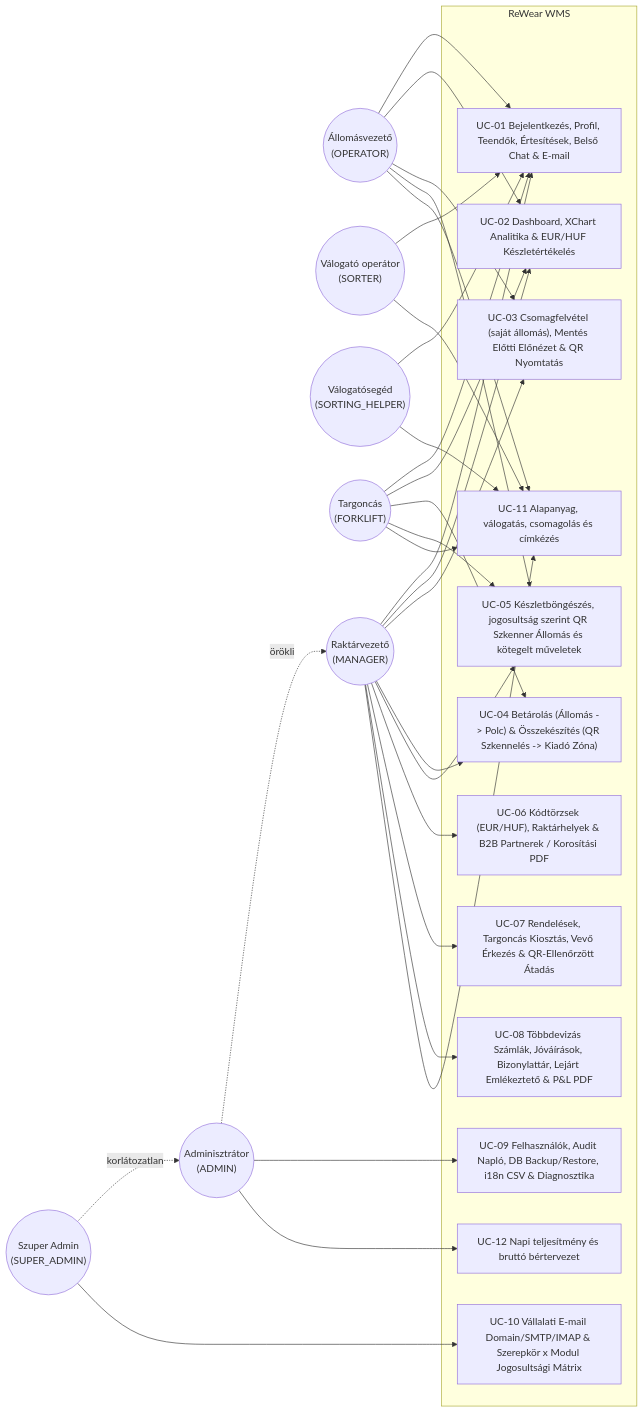
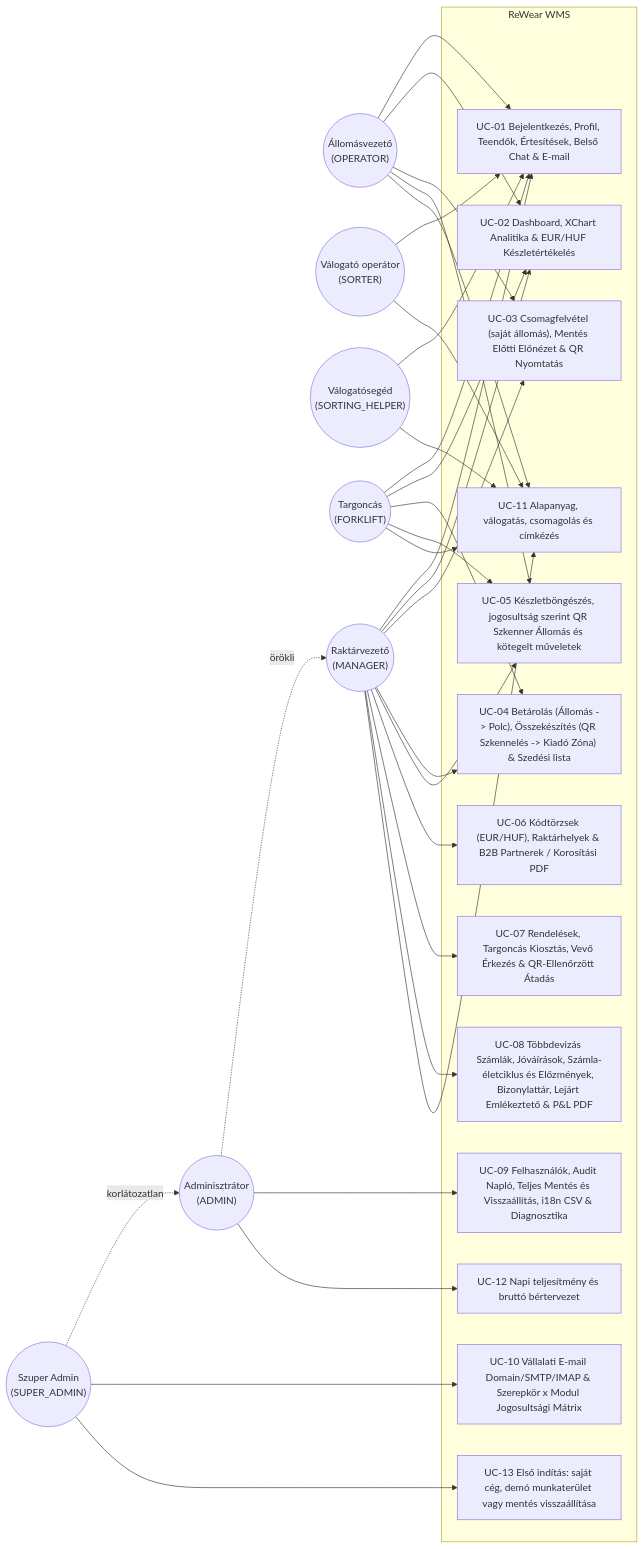
Before and after one commit to attilaczudor/due-prog-03: the second of 8 diagrams in docs/Programterv.md, drawn with Mermaid. The commit also changed other lines of this file and 5 other files, not shown here.

````diff
--- a/docs/Programterv.md
+++ b/docs/Programterv.md
@@ -54,59 +61,61 @@
 ```mermaid
 flowchart LR
     OP(("Állomásvezető<br/>(OPERATOR)"))
     SORTER(("Válogató operátor<br/>(SORTER)"))
     HELPER(("Válogatósegéd<br/>(SORTING_HELPER)"))
     FL(("Targoncás<br/>(FORKLIFT)"))
     MGR(("Raktárvezető<br/>(MANAGER)"))
     ADM(("Adminisztrátor<br/>(ADMIN)"))
     SADM(("Szuper Admin<br/>(SUPER_ADMIN)"))
 
     subgraph WMS["ReWear WMS"]
         UC1["UC-01 Bejelentkezés, Profil, Teendők, Értesítések, Belső Chat & E-mail"]
         UC2["UC-02 Dashboard, XChart Analitika & EUR/HUF Készletértékelés"]
         UC3["UC-03 Csomagfelvétel (saját állomás), Mentés Előtti Előnézet & QR Nyomtatás"]
-        UC4["UC-04 Betárolás (Állomás -> Polc) & Összekészítés (QR Szkennelés -> Kiadó Zóna)"]
+        UC4["UC-04 Betárolás (Állomás -> Polc), Összekészítés (QR Szkennelés -> Kiadó Zóna) & Szedési lista"]
         UC5["UC-05 Készletböngészés, jogosultság szerint QR Szkenner Állomás és kötegelt műveletek"]
         UC6["UC-06 Kódtörzsek (EUR/HUF), Raktárhelyek & B2B Partnerek / Korosítási PDF"]
         UC7["UC-07 Rendelések, Targoncás Kiosztás, Vevő Érkezés & QR-Ellenőrzött Átadás"]
-        UC8["UC-08 Többdevizás Számlák, Jóváírások, Bizonylattár, Lejárt Emlékeztető & P&L PDF"]
-        UC9["UC-09 Felhasználók, Audit Napló, DB Backup/Restore, i18n CSV & Diagnosztika"]
+        UC8["UC-08 Többdevizás Számlák, Jóváírások, Számla-életciklus és Előzmények, Bizonylattár, Lejárt Emlékeztető & P&L PDF"]
+        UC9["UC-09 Felhasználók, Audit Napló, Teljes Mentés és Visszaállítás, i18n CSV & Diagnosztika"]
         UC11["UC-11 Alapanyag, válogatás, csomagolás és címkézés"]
         UC12["UC-12 Napi teljesítmény és bruttó bértervezet"]
         UC10["UC-10 Vállalati E-mail Domain/SMTP/IMAP & Szerepkör x Modul Jogosultsági Mátrix"]
+        UC13["UC-13 Első indítás: saját cég, demó munkaterület vagy mentés visszaállítása"]
     end
 
     OP --> UC1
     OP --> UC2
     OP --> UC3
     OP --> UC5
     OP --> UC11
 
     SORTER --> UC1
     SORTER --> UC11
     HELPER --> UC1
     HELPER --> UC11
 
     FL --> UC1
     FL --> UC2
     FL --> UC4
     FL --> UC5
     FL --> UC11
 
     MGR --> UC1
     MGR --> UC2
     MGR --> UC3
     MGR --> UC4
     MGR --> UC5
     MGR --> UC6
     MGR --> UC7
     MGR --> UC8
     MGR --> UC11
 
     ADM -.->|"örökli"| MGR
     ADM --> UC9
     ADM --> UC12
 
     SADM -.->|"korlátozatlan"| ADM
     SADM --> UC10
+    SADM --> UC13
 ```
````
